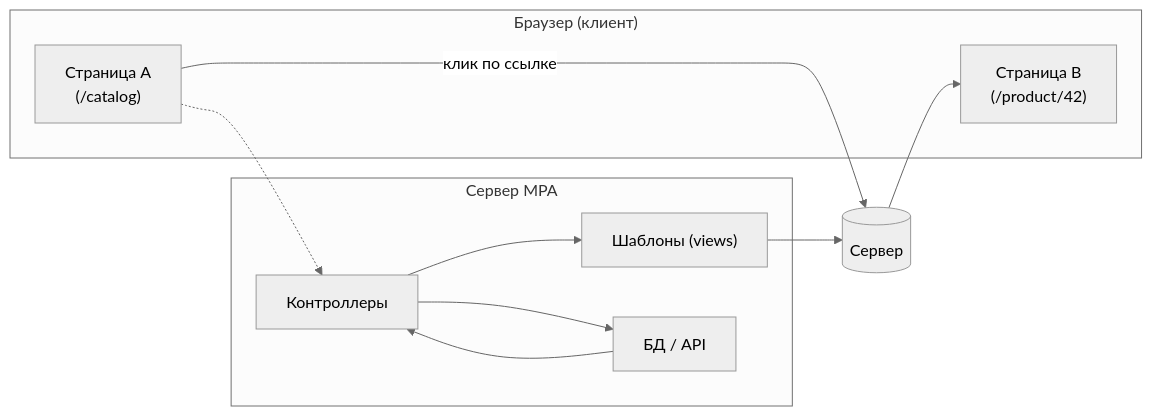
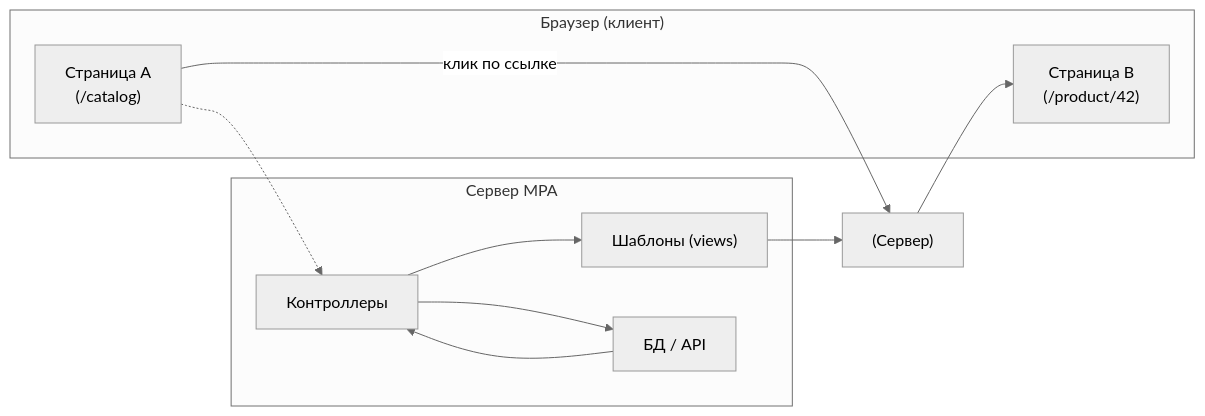
Before and after one commit to DDoSKudya/ai-study-atlas: the second of 2 diagrams in directions/architecture/pact/21_frontend_mpa_multi_page_application/01_21_1_mpa_kak_ustroeno_klassicheskoe_mnogostranichnoe_prilozhenie.md, drawn with Mermaid (neutral theme). The commit also changed 322 other files, not shown here.

Commit message:
fix(docs): make mermaid diagrams GitHub-compatible across directions content

````diff
--- a/directions/architecture/pact/21_frontend_mpa_multi_page_application/01_21_1_mpa_kak_ustroeno_klassicheskoe_mnogostranichnoe_prilozhenie.md
+++ b/directions/architecture/pact/21_frontend_mpa_multi_page_application/01_21_1_mpa_kak_ustroeno_klassicheskoe_mnogostranichnoe_prilozhenie.md
@@ -196,22 +196,22 @@
 ```mermaid
 flowchart LR
   subgraph Browser["Браузер (клиент)"]
     P1["Страница A<br/>(/catalog)"]
     P2["Страница B<br/>(/product/42)"]
   end
 
-  P1 -- клик по ссылке --> S[(Сервер)]
+  P1 -- клик по ссылке --> S["(Сервер)"]
   S --> P2
 
   subgraph Server["Сервер MPA"]
     C["Контроллеры"]
     V["Шаблоны (views)"]
     DB["БД / API"]
   end
 
   P1 -.-> C
   C --> DB
   DB --> C
   C --> V
   V --> S
 ```
````
